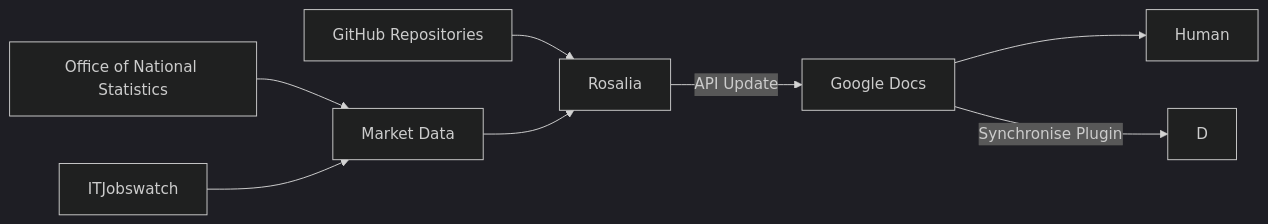
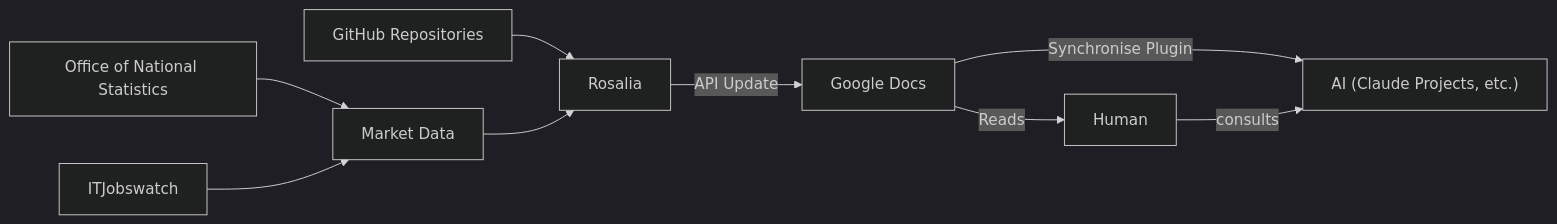
Before and after one commit to lmcrean/research-enterprise-codebases: the diagram in README.md, drawn with Mermaid (dark theme). The commit also changed other lines of this file, not shown here.

````diff
--- a/README.md
+++ b/README.md
@@ -34,10 +34,11 @@
 ```mermaid
 flowchart LR
     A["GitHub Repositories"] --> B["Rosalia"]
     F["Office of National Statistics"] --> E["Market Data"]
     G["ITJobswatch"] --> E
     E --> B
     B -- "API Update" --> C["Google Docs"]
-    C --> H["Human"]
-    C -- "Synchronise Plugin" --> D
+    C -- "Reads" --> H["Human"]
+    C -- "Synchronise Plugin" --> D["AI (Claude Projects, etc.)"]
+    H -- "consults" --> D
 ```
````
